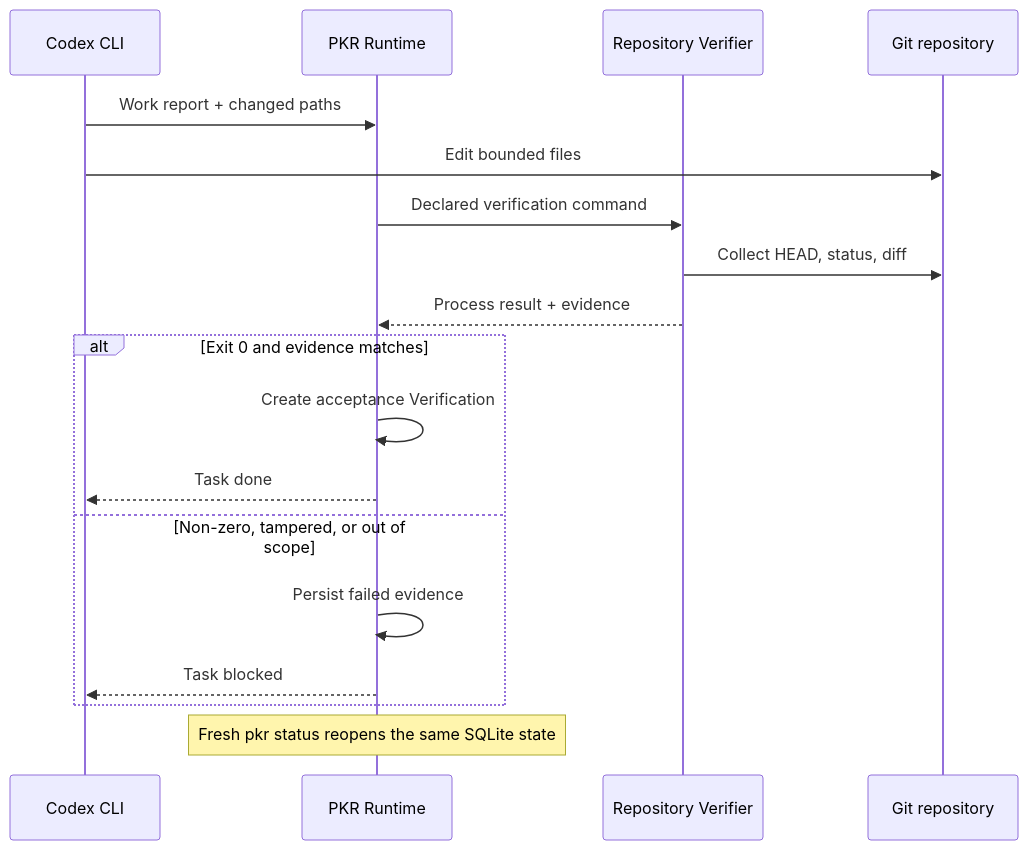
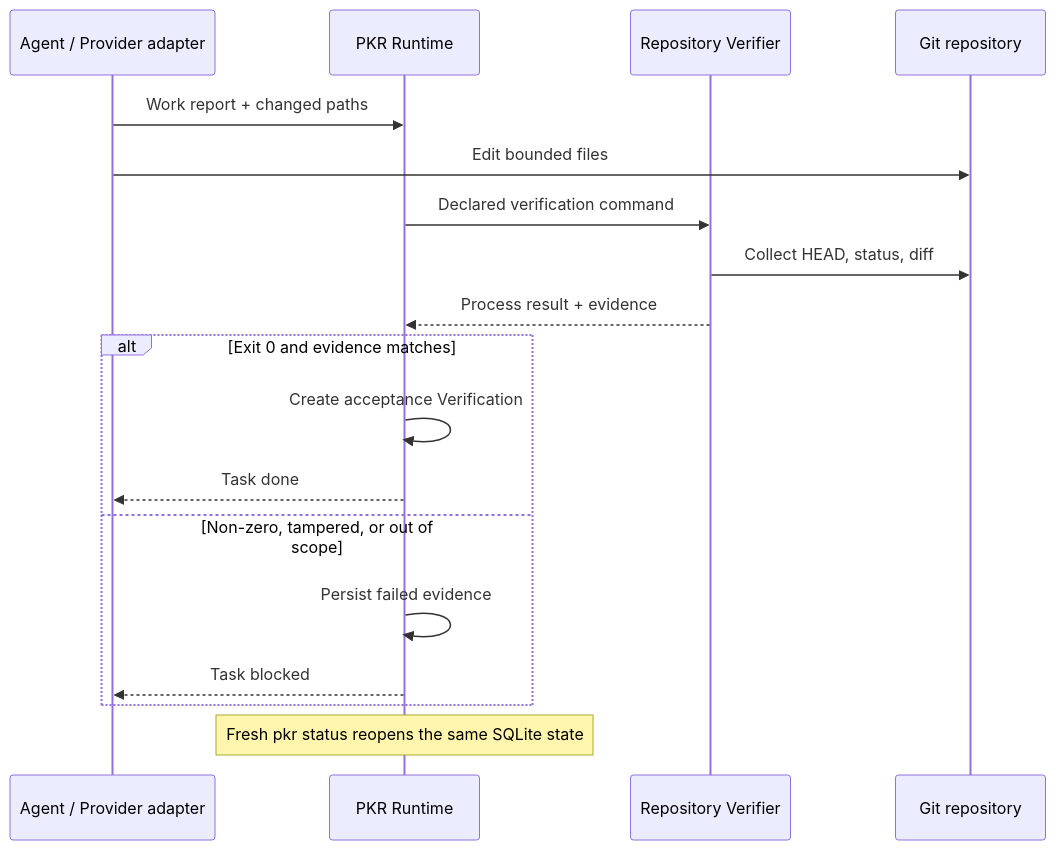
One commit to locooooooooo/PKR changed the second of 2 diagrams in README.md. Above: the diagram before and after it, drawn with Mermaid. The commit also changed other lines of this file and 2 other files, not shown here.

````diff
--- a/README.md
+++ b/README.md
@@ -97,20 +98,20 @@
 ```mermaid
 sequenceDiagram
-    participant C as Codex CLI
+    participant A as Agent / Provider adapter
     participant R as PKR Runtime
     participant V as Repository Verifier
     participant G as Git repository
-    C->>R: Work report + changed paths
-    C->>G: Edit bounded files
+    A->>R: Work report + changed paths
+    A->>G: Edit bounded files
     R->>V: Declared verification command
     V->>G: Collect HEAD, status, diff
     V-->>R: Process result + evidence
     alt Exit 0 and evidence matches
         R->>R: Create acceptance Verification
-        R-->>C: Task done
+        R-->>A: Task done
     else Non-zero, tampered, or out of scope
         R->>R: Persist failed evidence
-        R-->>C: Task blocked
+        R-->>A: Task blocked
     end
     Note over R: Fresh pkr status reopens the same SQLite state
 ```
````
